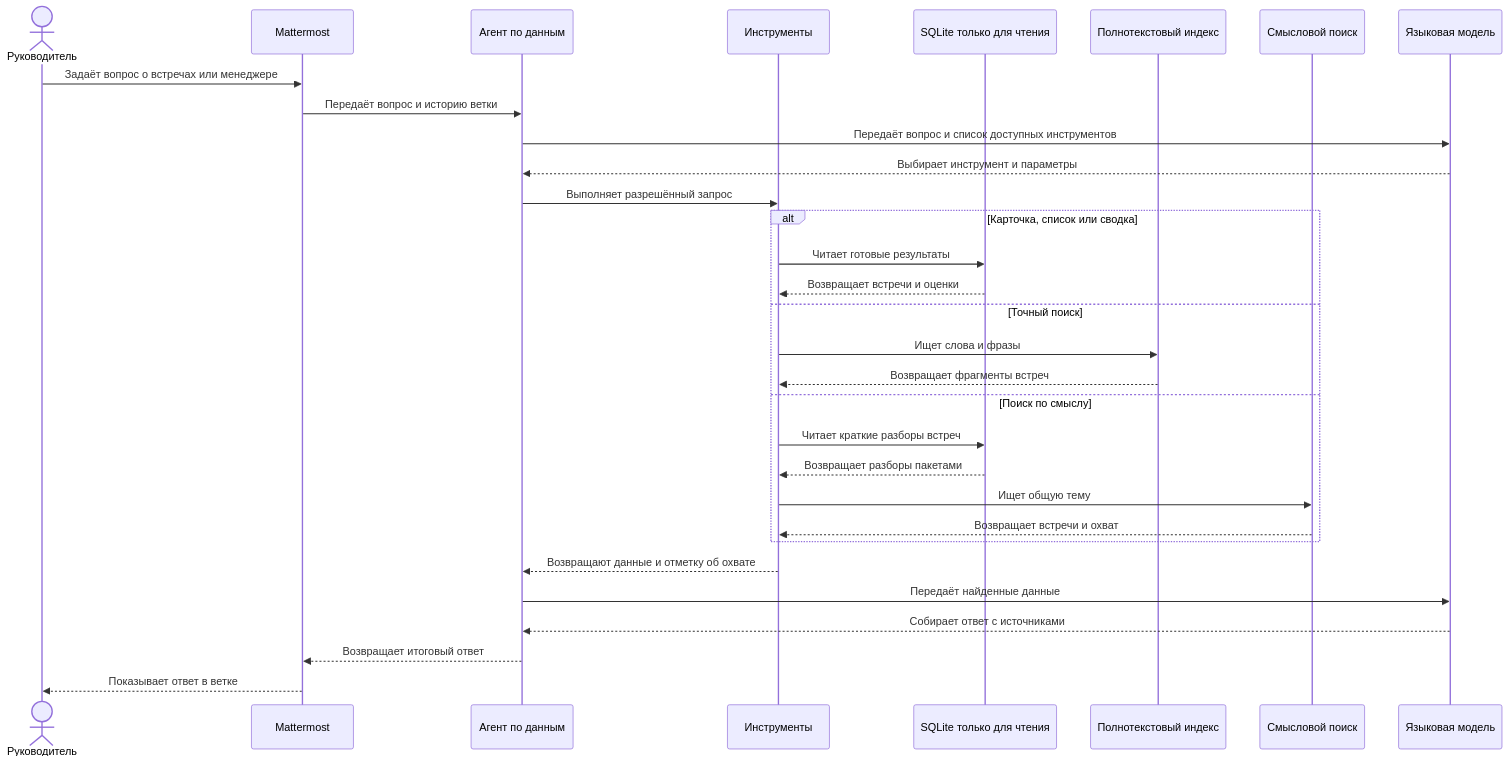
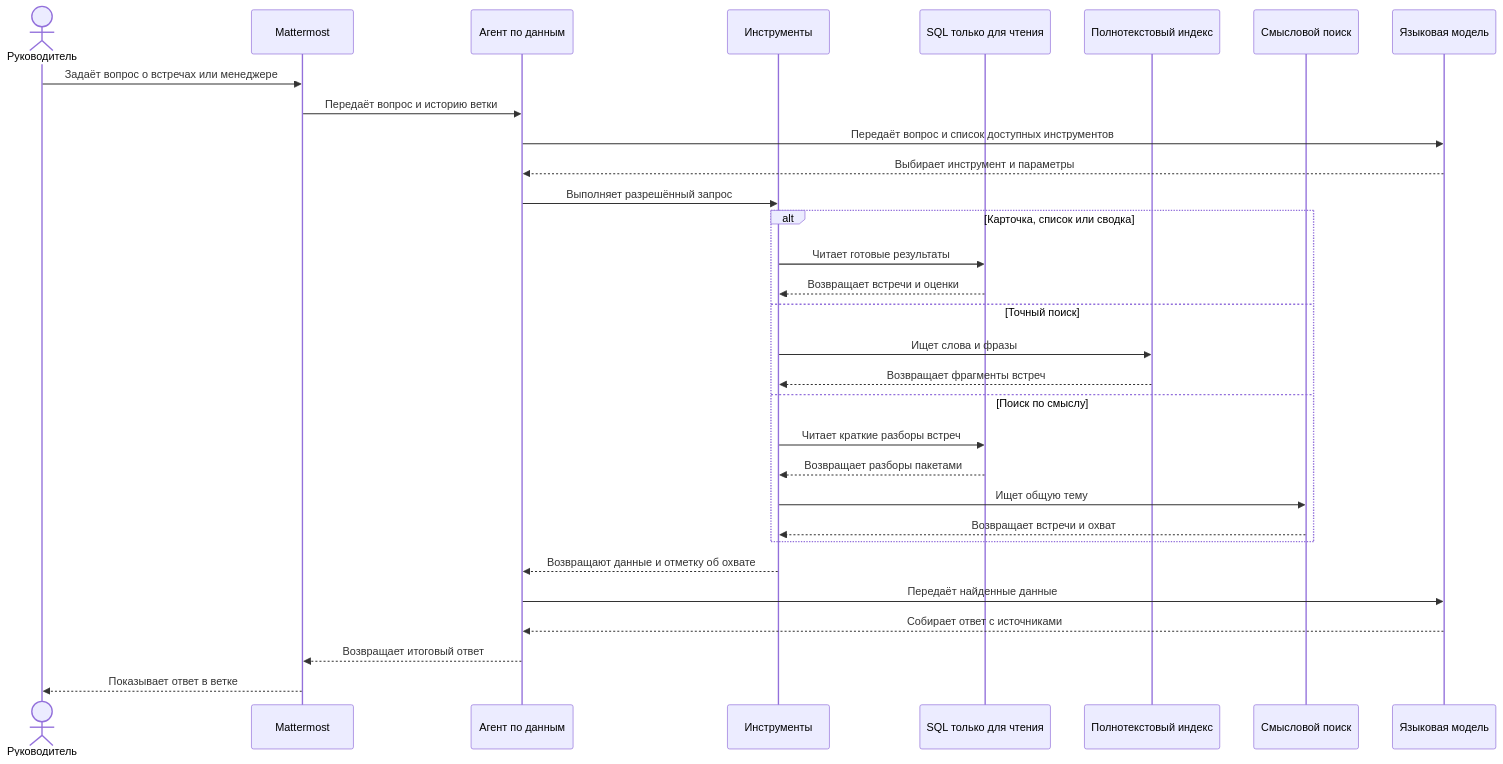
One commit to Inspired-0/Inspired-0 changed the second of 2 diagrams in case-studies/demo-analysis.md. Above: the diagram before and after it, drawn with Mermaid. The commit also changed other lines of this file, not shown here.

````diff
--- a/case-studies/demo-analysis.md
+++ b/case-studies/demo-analysis.md
@@ -105,34 +105,34 @@
 ```mermaid
 sequenceDiagram
     actor User as Руководитель
     participant MM as Mattermost
     participant Agent as Агент по данным
     participant Tools as Инструменты
-    participant DB as SQLite только для чтения
+    participant DB as SQL только для чтения
     participant FTS as Полнотекстовый индекс
     participant Semantic as Смысловой поиск
     participant LLM as Языковая модель
 
     User->>MM: Задаёт вопрос о встречах или менеджере
     MM->>Agent: Передаёт вопрос и историю ветки
     Agent->>LLM: Передаёт вопрос и список доступных инструментов
     LLM-->>Agent: Выбирает инструмент и параметры
     Agent->>Tools: Выполняет разрешённый запрос
     alt Карточка, список или сводка
         Tools->>DB: Читает готовые результаты
         DB-->>Tools: Возвращает встречи и оценки
     else Точный поиск
         Tools->>FTS: Ищет слова и фразы
         FTS-->>Tools: Возвращает фрагменты встреч
     else Поиск по смыслу
         Tools->>DB: Читает краткие разборы встреч
         DB-->>Tools: Возвращает разборы пакетами
         Tools->>Semantic: Ищет общую тему
         Semantic-->>Tools: Возвращает встречи и охват
     end
     Tools-->>Agent: Возвращают данные и отметку об охвате
     Agent->>LLM: Передаёт найденные данные
     LLM-->>Agent: Собирает ответ с источниками
     Agent-->>MM: Возвращает итоговый ответ
     MM-->>User: Показывает ответ в ветке
 ```
````
